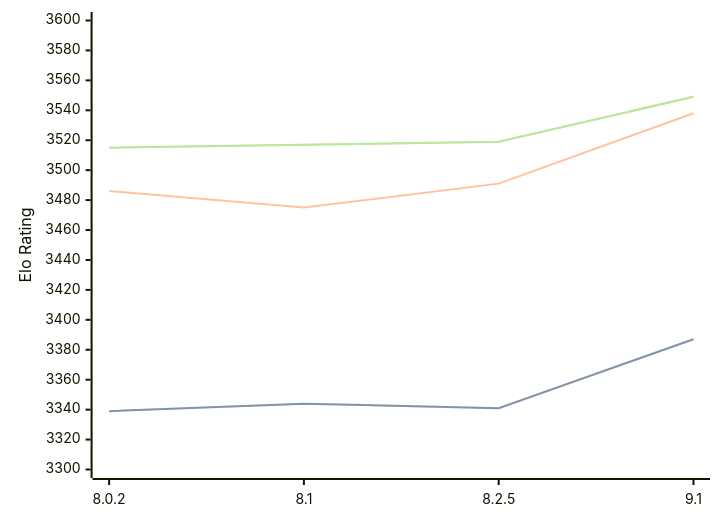
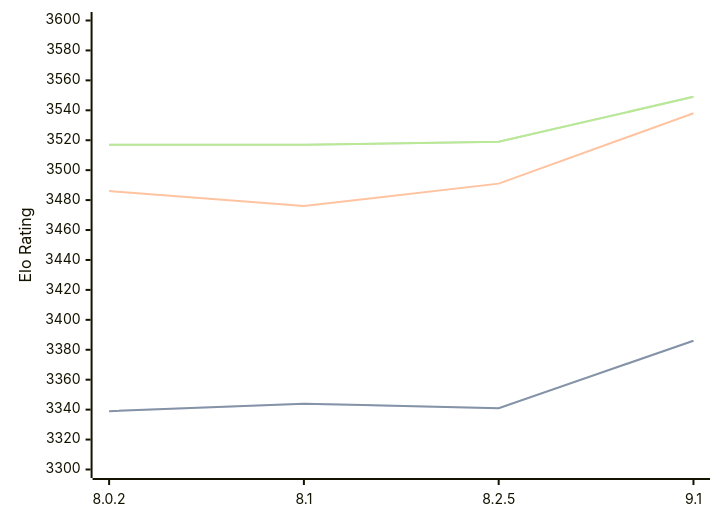
Before and after one commit to computer-chess-index/cci: the diagram in engines/Clover.md, drawn with Mermaid. The commit also changed other lines of this file, not shown here.

Commit message:
Update CCI Ratings (ELO VLTC) - 2026-09-02

````diff
--- a/engines/Clover.md
+++ b/engines/Clover.md
@@ -35,11 +35,11 @@
 ```mermaid
 %%{init: {"theme":"base","themeVariables":{"seriesColors:['#a3a3a3','#222221','#faa371']}}}%%
 xychart-beta
   x-axis ["8.0.2", "8.1", "8.2.5", "9.1"]
   y-axis "Elo Rating" 3300 --> 3600
-  line "" [3339, 3344, 3341, 3387]
-  line "STC (8.0+0.08s)" [3339, 3344, 3341, 3387]
-  line "LTC (60.0+0.60s)" [3486, 3475, 3491, 3538]
-  line "" [3515, 3517, 3519, 3549]
-  line "VLTC (2m24s+1.12s)" [3515, 3517, 3519, 3549]
+  line "" [3339, 3344, 3341, 3386]
+  line "STC (8.0+0.08s)" [3339, 3344, 3341, 3386]
+  line "LTC (60.0+0.60s)" [3486, 3476, 3491, 3538]
+  line "" [3517, 3517, 3519, 3549]
+  line "VLTC (2m24s+1.12s)" [3517, 3517, 3519, 3549]
 ```
````
